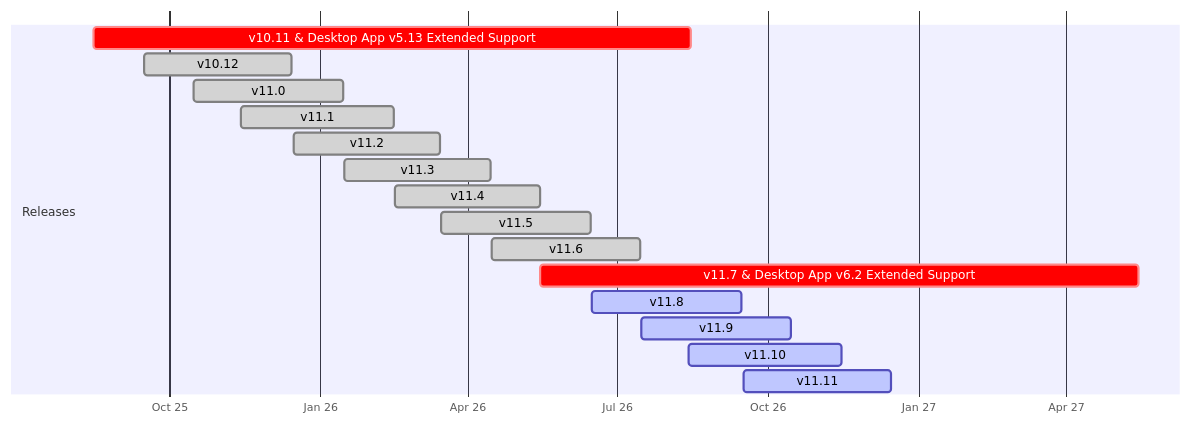
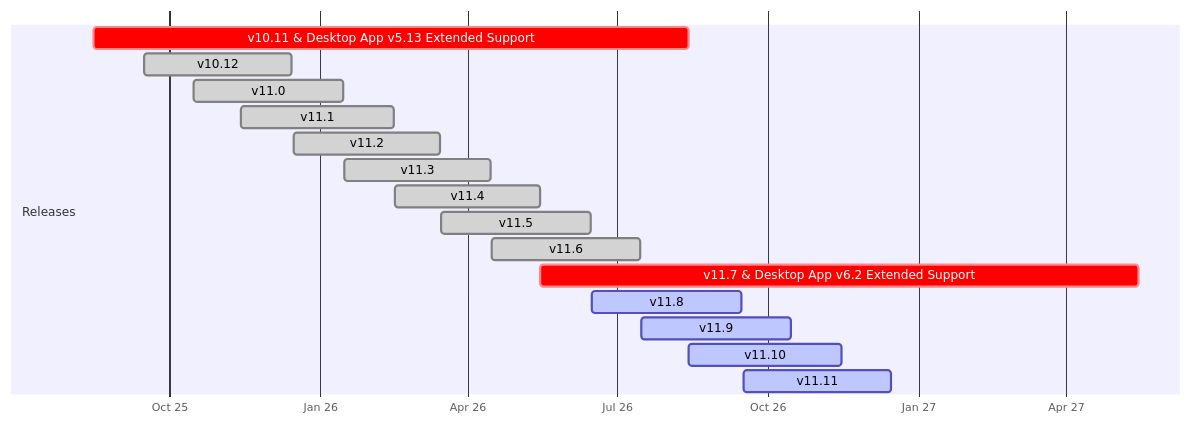
One commit to mattermost/docs changed the diagram in source/product-overview/release-policy.md. Above: the diagram before and after it, drawn with Mermaid.

````diff
--- a/source/product-overview/release-policy.md
+++ b/source/product-overview/release-policy.md
@@ -44,22 +44,22 @@
 ```{mermaid}
 
 gantt
     dateFormat  YYYY-MM-DD
     axisFormat  %b %y
 
     section Releases
-    v10.11 & Desktop App v5.13 Extended Support :crit,    2025-08-16, 2026-08-15
+    v10.11 & Desktop App v5.13 Extended Support :crit,    2025-08-16, 2026-08-14
     v10.12                 :done, 2025-09-16, 2025-12-15
     v11.0                  :done, 2025-10-16, 2026-01-15
     v11.1                  :done, 2025-11-14, 2026-02-15
     v11.2                  :done, 2025-12-16, 2026-03-15
     v11.3                  :done, 2026-01-16, 2026-04-15
     v11.4                  :done, 2026-02-16, 2026-05-15
     v11.5                  :done, 2026-03-16, 2026-06-15
     v11.6                  :done, 2026-04-16, 2026-07-15
     v11.7 & Desktop App v6.2 Extended Support :crit,    2026-05-15, 2027-05-15
     v11.8                  :active, 2026-06-16, 2026-09-15
     v11.9                  :active, 2026-07-16, 2026-10-15
     v11.10                 :active, 2026-08-14, 2026-11-15
     v11.11                 :active, 2026-09-16, 2026-12-15
 ```
````
